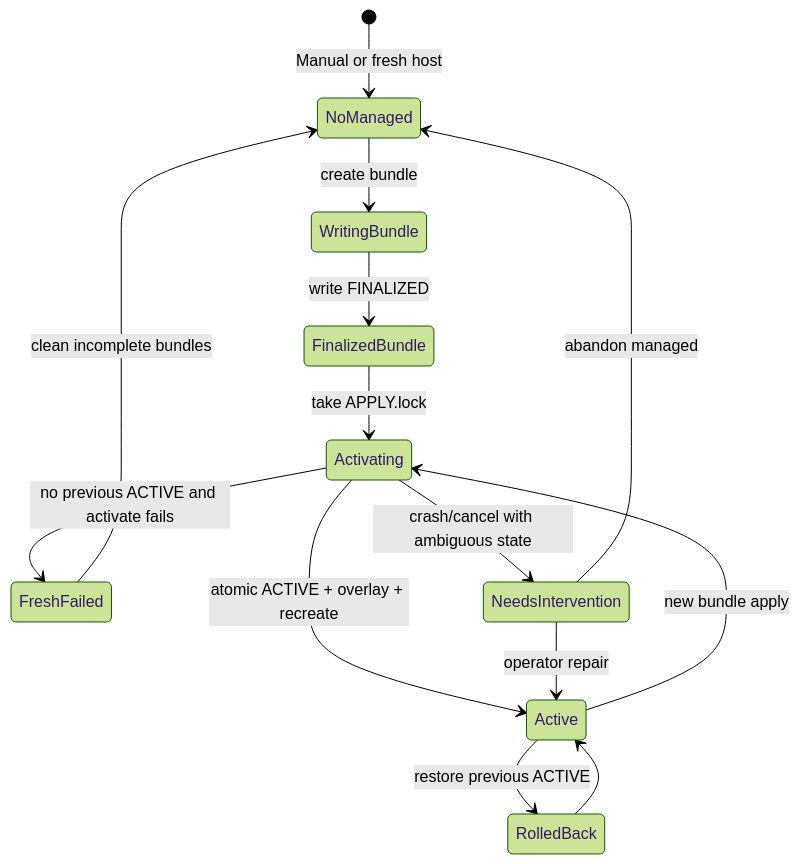
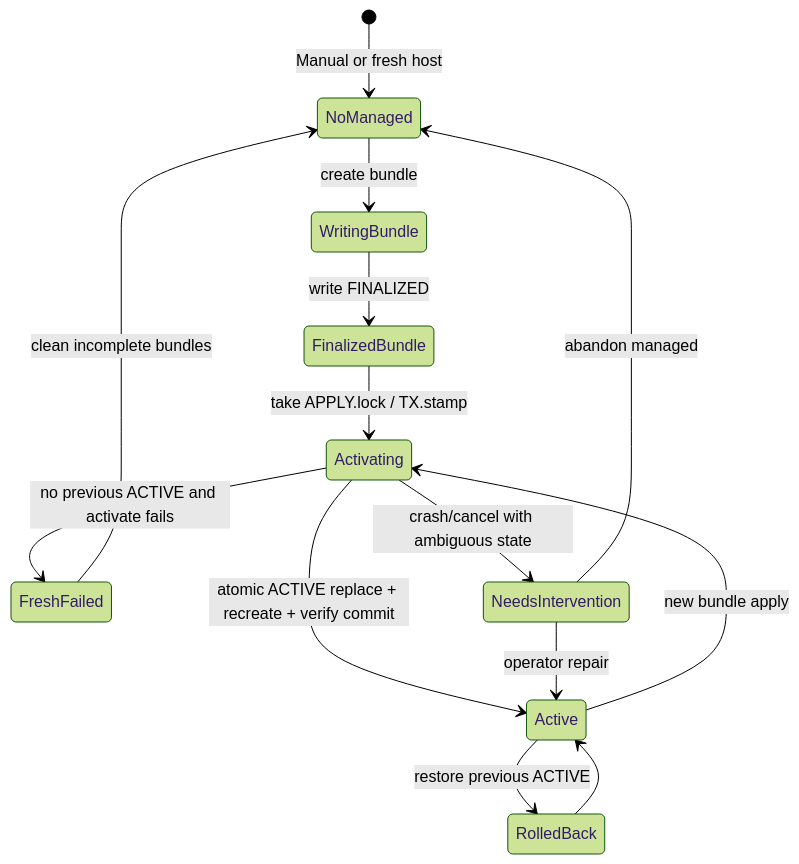
Before and after one commit to kooiei-in4a/amane-mailer: the diagram in docs/adr/0021-easy-setup-boundaries.md, drawn with Mermaid (forest theme). The commit also changed other lines of this file, not shown here.

````diff
--- a/docs/adr/0021-easy-setup-boundaries.md
+++ b/docs/adr/0021-easy-setup-boundaries.md
@@ -176,16 +218,16 @@
 ```mermaid
 stateDiagram-v2
   [*] --> NoManaged: Manual or fresh host
   NoManaged --> WritingBundle: create bundle
   WritingBundle --> FinalizedBundle: write FINALIZED
-  FinalizedBundle --> Activating: take APPLY.lock
-  Activating --> Active: atomic ACTIVE + overlay + recreate
+  FinalizedBundle --> Activating: take APPLY.lock / TX.stamp
+  Activating --> Active: atomic ACTIVE replace + recreate + verify commit
   Activating --> FreshFailed: no previous ACTIVE and activate fails
   Active --> Activating: new bundle apply
   Active --> RolledBack: restore previous ACTIVE
   Activating --> NeedsIntervention: crash/cancel with ambiguous state
   FreshFailed --> NoManaged: clean incomplete bundles
   RolledBack --> Active
   NeedsIntervention --> Active: operator repair
   NeedsIntervention --> NoManaged: abandon managed
 ```
````
